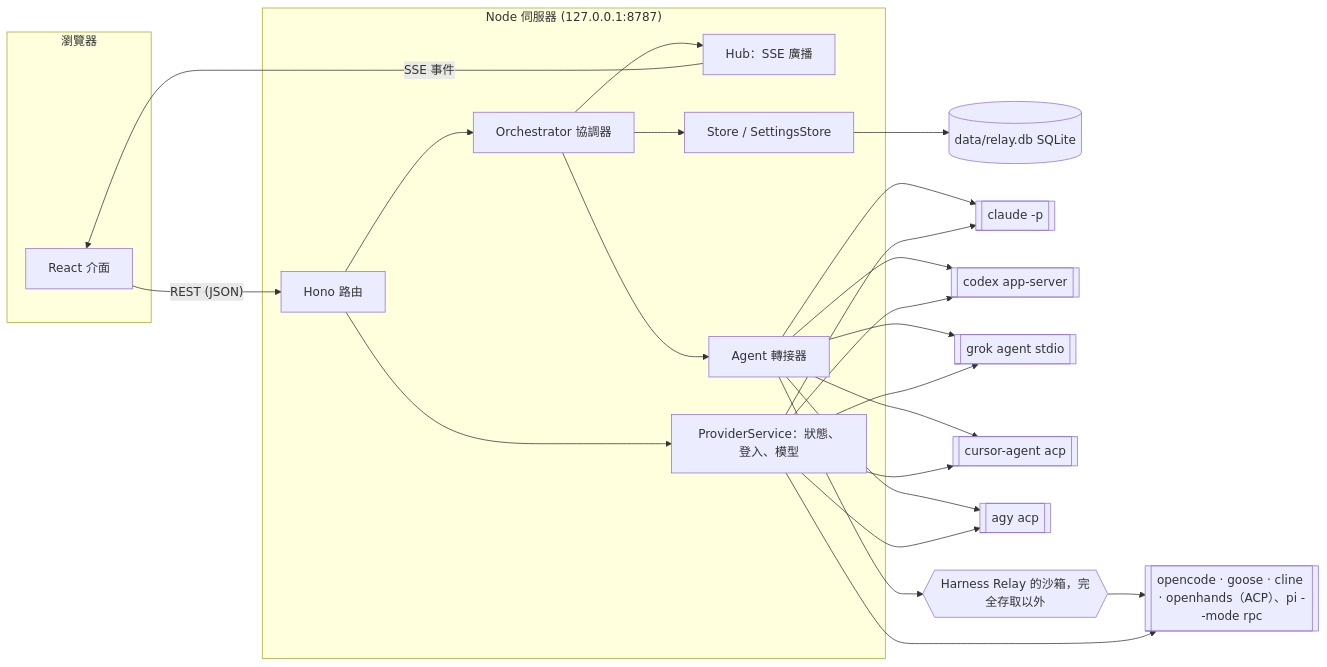
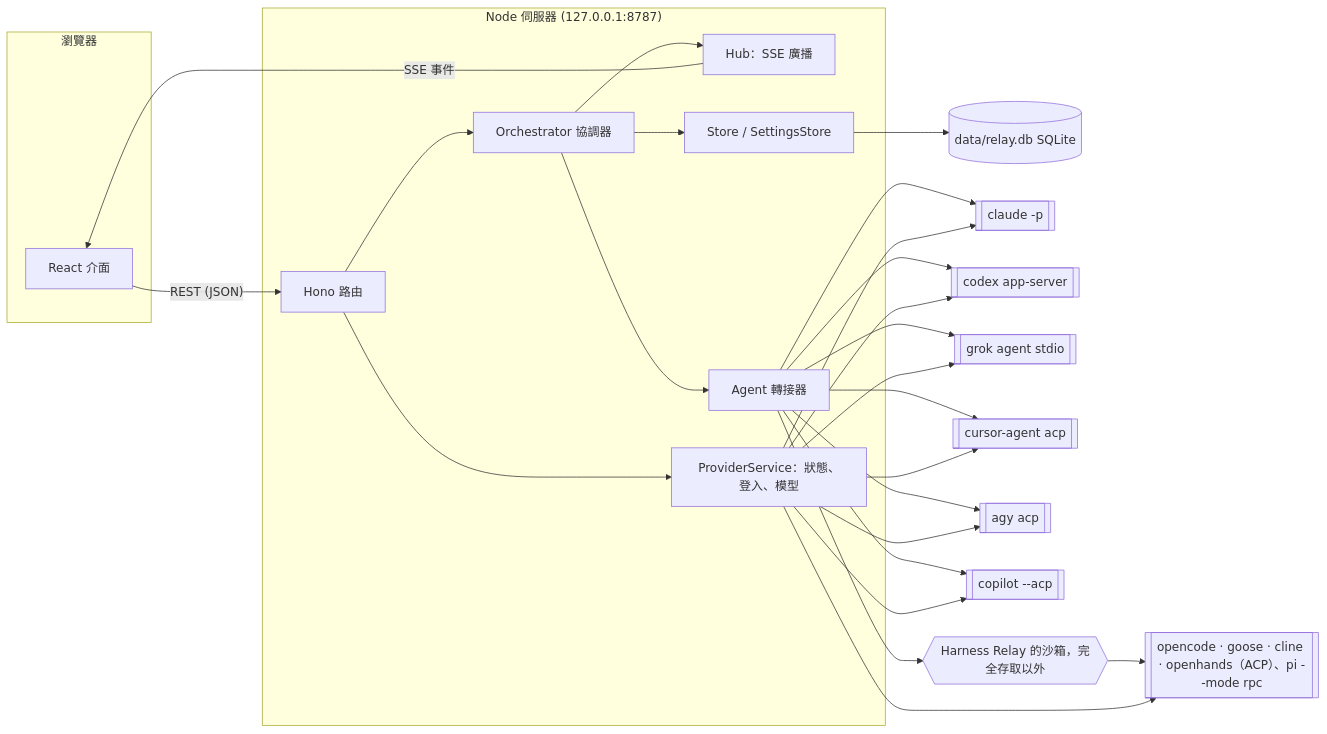
The first of 2 diagrams in docs/architecture.zh-TW.md (Agentic-System-Lab/harness-relay), drawn with Mermaid before and after one commit. The commit also changed other lines of this file and 100 other files, not shown here.

````diff
--- a/docs/architecture.zh-TW.md
+++ b/docs/architecture.zh-TW.md
@@ -12,34 +12,35 @@
 ```mermaid
 flowchart LR
   subgraph Browser["瀏覽器"]
     UI[React 介面]
   end
   subgraph Server["Node 伺服器 (127.0.0.1:8787)"]
     API[Hono 路由]
     ORCH[Orchestrator 協調器]
     HUB[Hub：SSE 廣播]
     STORE[Store / SettingsStore]
     PROV[ProviderService：狀態、登入、模型]
     RUN[Agent 轉接器]
   end
   DB[(data/relay.db SQLite)]
   CLAUDE[[claude -p]]
   CODEX[[codex app-server]]
   GROK[[grok agent stdio]]
   CURSOR[[cursor-agent acp]]
   AGY[[agy acp]]
+  COPILOT[[copilot --acp]]
   SBX{{Harness Relay 的沙箱，完全存取以外}}
   OPEN[["opencode · goose · cline · openhands（ACP）、pi --mode rpc"]]
 
   UI -- REST (JSON) --> API
   HUB -- SSE 事件 --> UI
   API --> ORCH
   API --> PROV
   ORCH --> RUN
   ORCH --> HUB
   ORCH --> STORE
   STORE --> DB
-  RUN --> CLAUDE & CODEX & GROK & CURSOR & AGY
+  RUN --> CLAUDE & CODEX & GROK & CURSOR & AGY & COPILOT
   RUN --> SBX --> OPEN
-  PROV --> CLAUDE & CODEX & GROK & CURSOR & AGY & OPEN
+  PROV --> CLAUDE & CODEX & GROK & CURSOR & AGY & COPILOT & OPEN
 ```
````
